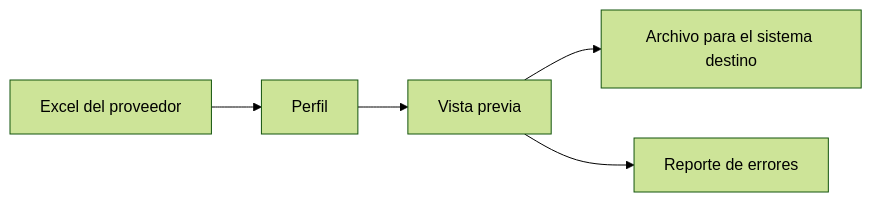
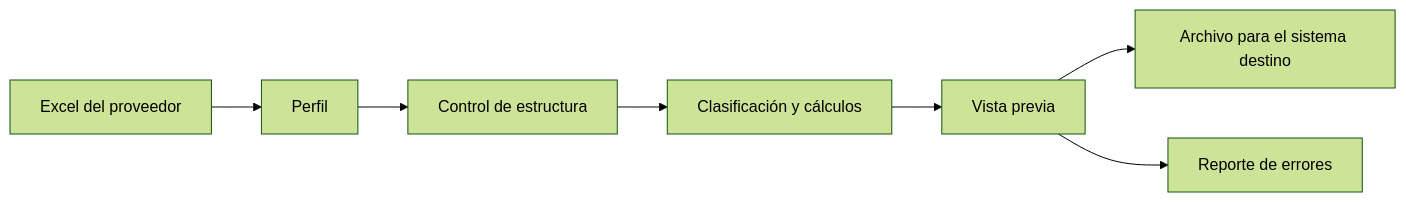
The diagram in README.md (fraanv1999/TPIFinalDesiderioVazquez), drawn with Mermaid (forest theme) before and after one commit. The commit also changed other lines of this file and 47 other files, not shown here.

````diff
--- a/README.md
+++ b/README.md
@@ -19,5 +18,6 @@
 ```mermaid
 flowchart LR
-    A[Excel del proveedor] --> B[Perfil] --> C[Vista previa] --> D[Archivo para el sistema destino]
-    C --> E[Reporte de errores]
+    A[Excel del proveedor] --> B[Perfil] --> C[Control de estructura] --> D[Clasificación y cálculos] --> E[Vista previa]
+    E --> F[Archivo para el sistema destino]
+    E --> G[Reporte de errores]
 ```
````
